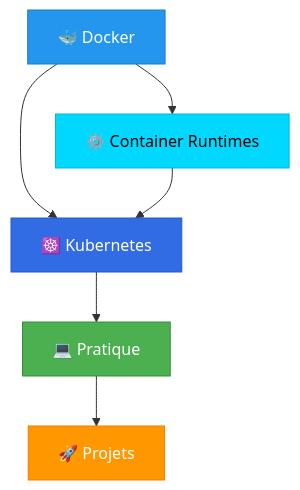
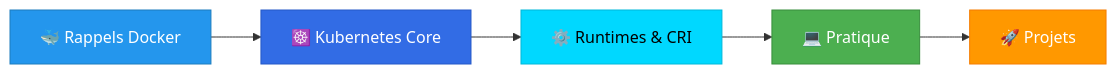
Before and after one commit to eliot29/kubernetes-doc: the diagram in 00-ACCUEIL.md, drawn with Mermaid. The commit also changed other lines of this file and 21 other files, not shown here.

````diff
--- a/00-ACCUEIL.md
+++ b/00-ACCUEIL.md
@@ -7,14 +7,13 @@
 ```mermaid
-graph TD
-    A[🐳 Docker] --> B[☸️ Kubernetes]
-    A --> C[⚙️ Container Runtimes]
-    B --> D[💻 Pratique]
-    C --> B
+graph LR
+    A[🐳 Rappels Docker] --> B[☸️ Kubernetes Core]
+    B --> C[⚙️ Runtimes & CRI]
+    C --> D[💻 Pratique]
     D --> E[🚀 Projets]
 
     style A fill:#2496ed,stroke:#1d7dbe,color:#fff
     style B fill:#326ce5,stroke:#2559c7,color:#fff
     style C fill:#00d8ff,stroke:#00b8d9,color:#000
     style D fill:#4caf50,stroke:#388e3c,color:#fff
     style E fill:#ff9800,stroke:#f57c00,color:#fff
 ```
````
